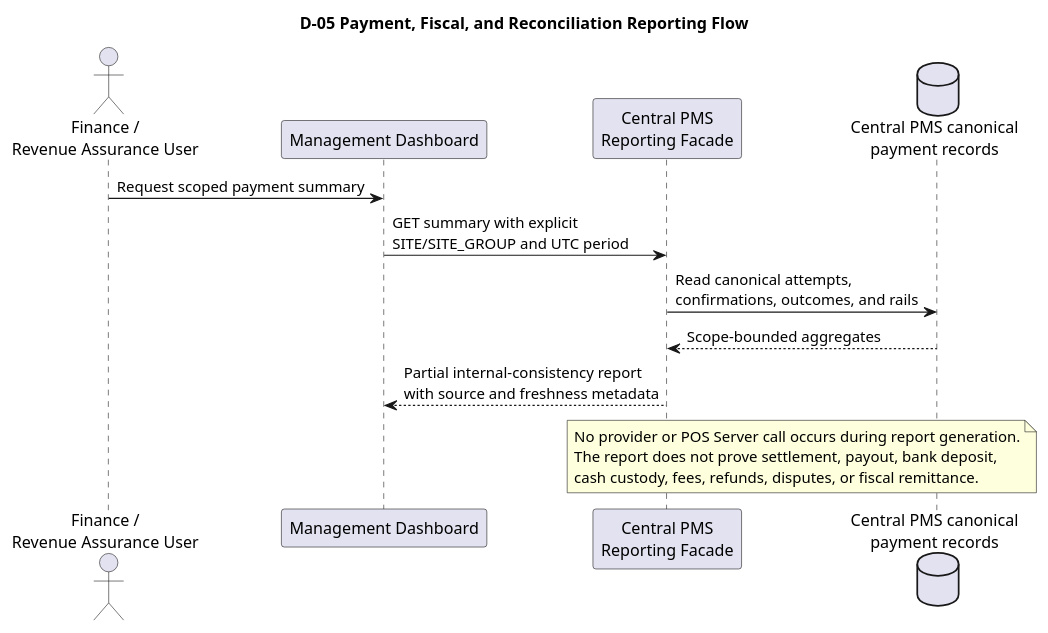
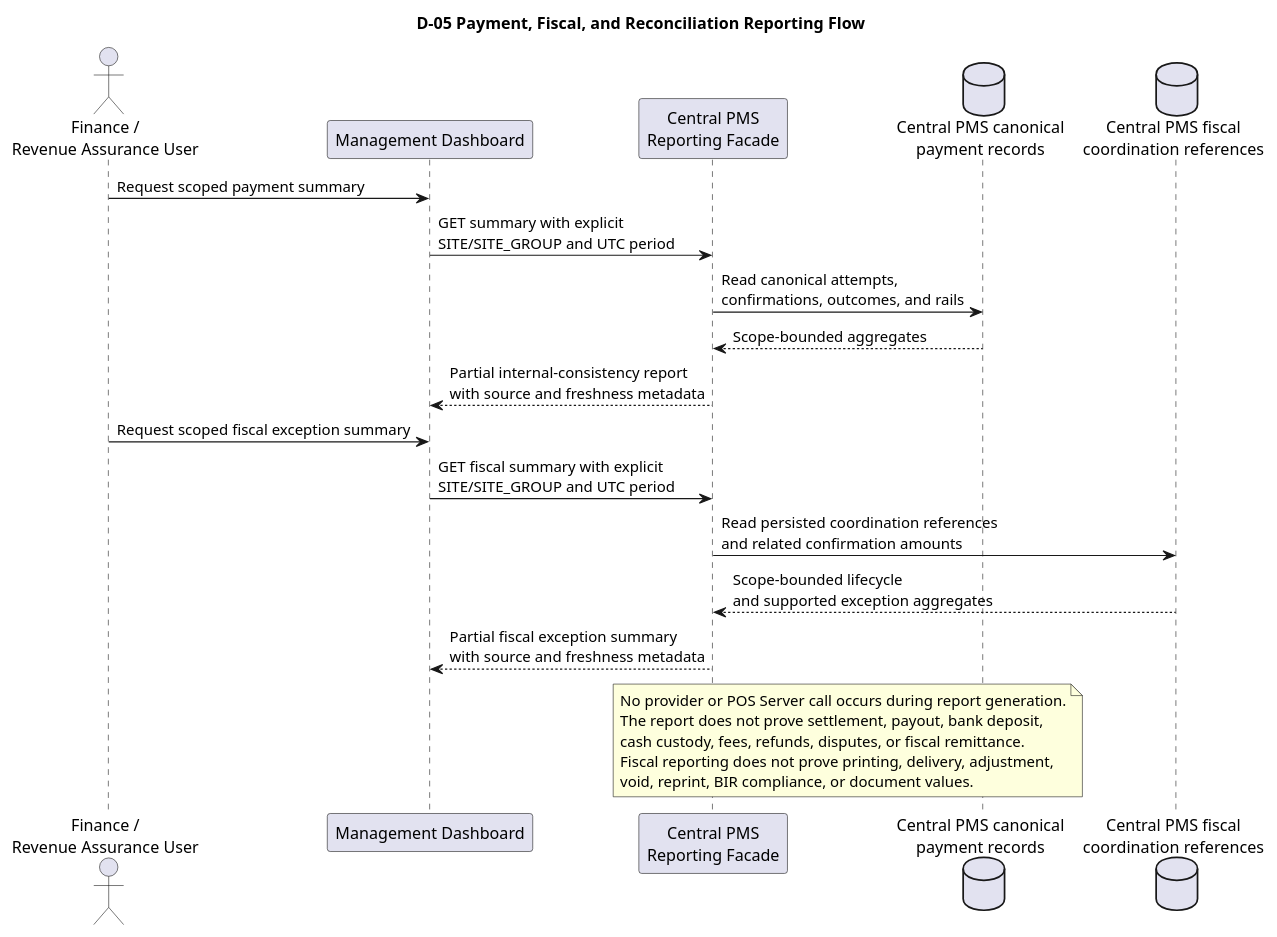
The diagram in docs/v1.3/management-dashboard-reporting/diagrams/D-05_Payment_Fiscal_and_Reconciliation_Reporting_Flow.puml (darwinpasco/ExitPass), drawn with PlantUML before and after one commit. The commit also changed 22 other files, not shown here.

First line of the commit message:
feat(management-platform): add fiscal exception reporting

```diff
--- a/docs/v1.3/management-dashboard-reporting/diagrams/D-05_Payment_Fiscal_and_Reconciliation_Reporting_Flow.puml
+++ b/docs/v1.3/management-dashboard-reporting/diagrams/D-05_Payment_Fiscal_and_Reconciliation_Reporting_Flow.puml
@@ -1,20 +1,29 @@
 @startuml
 title D-05 Payment, Fiscal, and Reconciliation Reporting Flow
 
 actor "Finance /\nRevenue Assurance User" as Finance
 participant "Management Dashboard" as Dash
 participant "Central PMS\nReporting Facade" as CPMS
 database "Central PMS canonical\npayment records" as Store
+database "Central PMS fiscal\ncoordination references" as FiscalStore
 
 Finance -> Dash : Request scoped payment summary
 Dash -> CPMS : GET summary with explicit\nSITE/SITE_GROUP and UTC period
 CPMS -> Store : Read canonical attempts,\nconfirmations, outcomes, and rails
 Store --> CPMS : Scope-bounded aggregates
 CPMS --> Dash : Partial internal-consistency report\nwith source and freshness metadata
 
+Finance -> Dash : Request scoped fiscal exception summary
+Dash -> CPMS : GET fiscal summary with explicit\nSITE/SITE_GROUP and UTC period
+CPMS -> FiscalStore : Read persisted coordination references\nand related confirmation amounts
+FiscalStore --> CPMS : Scope-bounded lifecycle\nand supported exception aggregates
+CPMS --> Dash : Partial fiscal exception summary\nwith source and freshness metadata
+
 note over CPMS, Store
 No provider or POS Server call occurs during report generation.
 The report does not prove settlement, payout, bank deposit,
 cash custody, fees, refunds, disputes, or fiscal remittance.
+Fiscal reporting does not prove printing, delivery, adjustment,
+void, reprint, BIR compliance, or document values.
 end note
 @enduml
```
